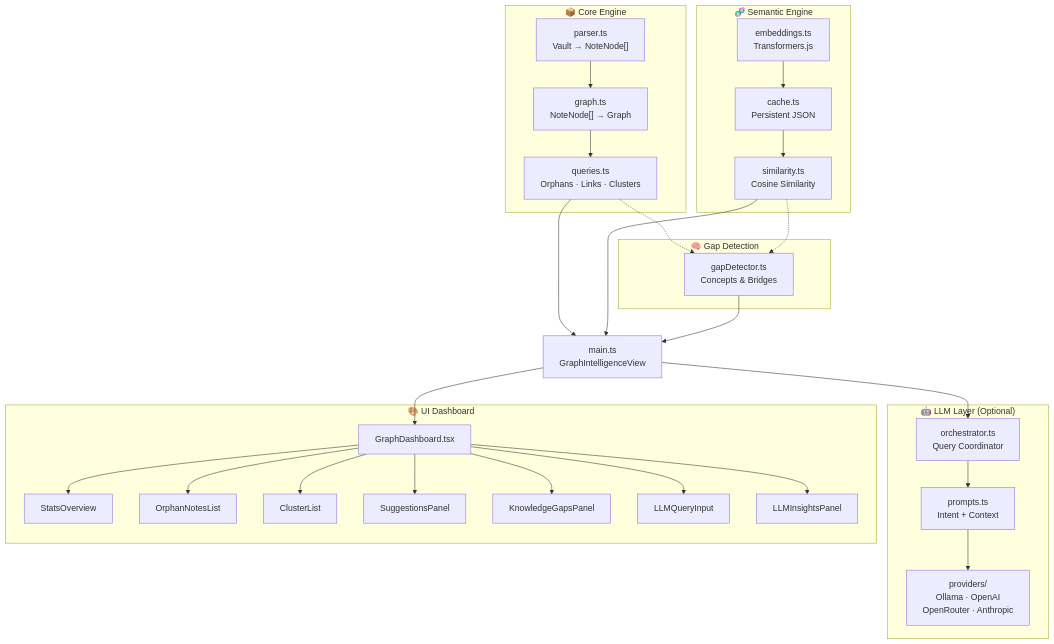
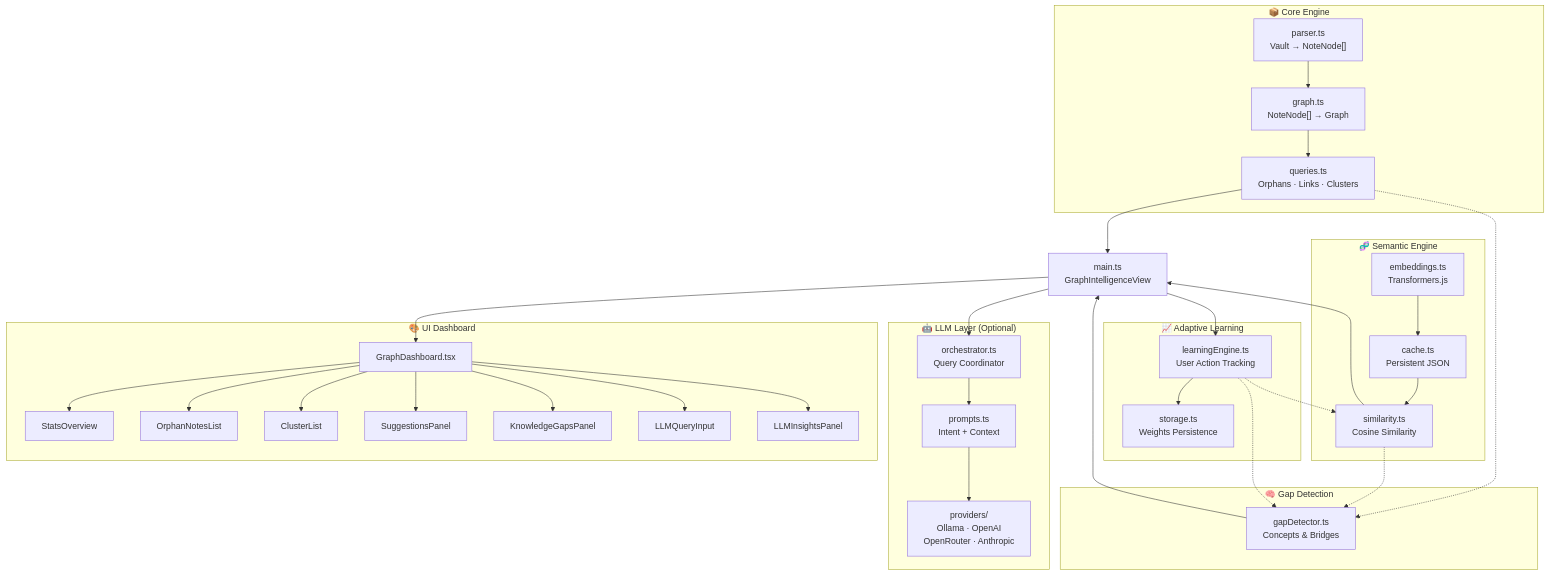
One commit to Rajveerx11/obsidian-graph-intelligence changed the first of 3 diagrams in README.md. Above: the diagram before and after it, drawn with Mermaid. The commit also changed other lines of this file and 1 other file, not shown here.

Commit message:
feat: integrate adaptive learning system for user feedback and weight persistence

````diff
--- a/README.md
+++ b/README.md
@@ -37,49 +38,58 @@
 ```mermaid
 graph TD
     subgraph Core["📦 Core Engine"]
         Parser["parser.ts<br/>Vault → NoteNode[]"]
         Graph["graph.ts<br/>NoteNode[] → Graph"]
         Queries["queries.ts<br/>Orphans · Links · Clusters"]
     end
 
     subgraph Semantic["🧬 Semantic Engine"]
         Embeddings["embeddings.ts<br/>Transformers.js"]
         Cache["cache.ts<br/>Persistent JSON"]
         Similarity["similarity.ts<br/>Cosine Similarity"]
     end
 
     subgraph Gap["🧠 Gap Detection"]
         Detector["gapDetector.ts<br/>Concepts & Bridges"]
+    end
+
+    subgraph Learning["📈 Adaptive Learning"]
+        LEngine["learningEngine.ts<br/>User Action Tracking"]
+        LStorage["storage.ts<br/>Weights Persistence"]
     end
 
     subgraph LLM["🤖 LLM Layer (Optional)"]
         Orchestrator["orchestrator.ts<br/>Query Coordinator"]
         Prompts["prompts.ts<br/>Intent + Context"]
         Providers["providers/<br/>Ollama · OpenAI<br/>OpenRouter · Anthropic"]
     end
 
     subgraph UI["🎨 UI Dashboard"]
         Dashboard["GraphDashboard.tsx"]
         Stats["StatsOverview"]
         Orphans["OrphanNotesList"]
         Clusters["ClusterList"]
         Suggestions["SuggestionsPanel"]
         Gaps["KnowledgeGapsPanel"]
         AIInput["LLMQueryInput"]
         AIInsights["LLMInsightsPanel"]
     end
 
     Plugin["main.ts<br/>GraphIntelligenceView"]
 
     Parser --> Graph --> Queries
     Queries --> Plugin
     Embeddings --> Cache --> Similarity
     Similarity --> Plugin
     Queries -.-> Detector
     Similarity -.-> Detector
+    Plugin --> LEngine
+    LEngine --> LStorage
+    LEngine -.-> Similarity
+    LEngine -.-> Detector
     Detector --> Plugin
     Plugin --> Dashboard
     Plugin --> Orchestrator
     Orchestrator --> Prompts --> Providers
     Dashboard --> Stats & Orphans & Clusters & Suggestions & Gaps & AIInput & AIInsights
 ```
````
